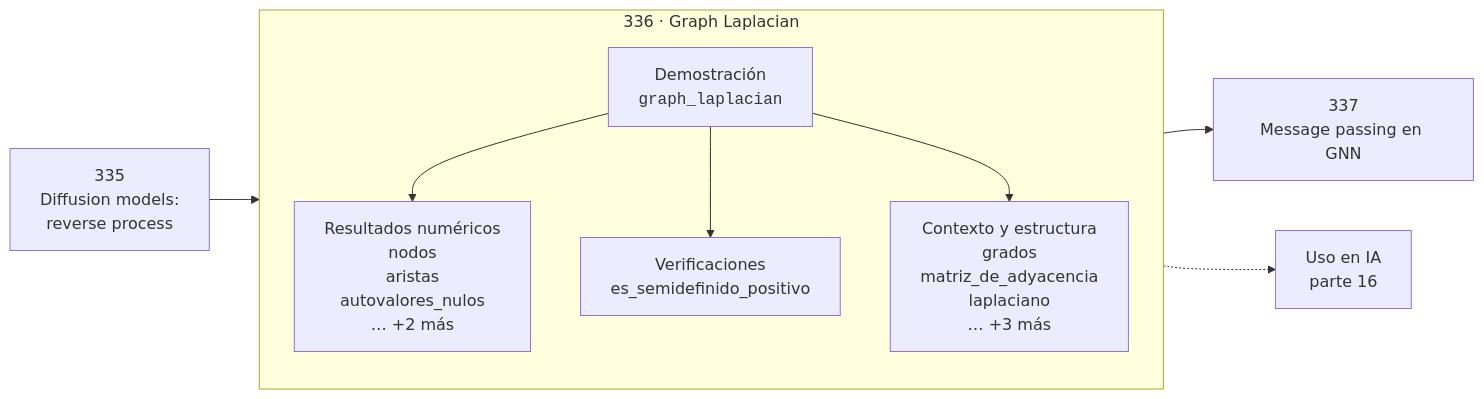
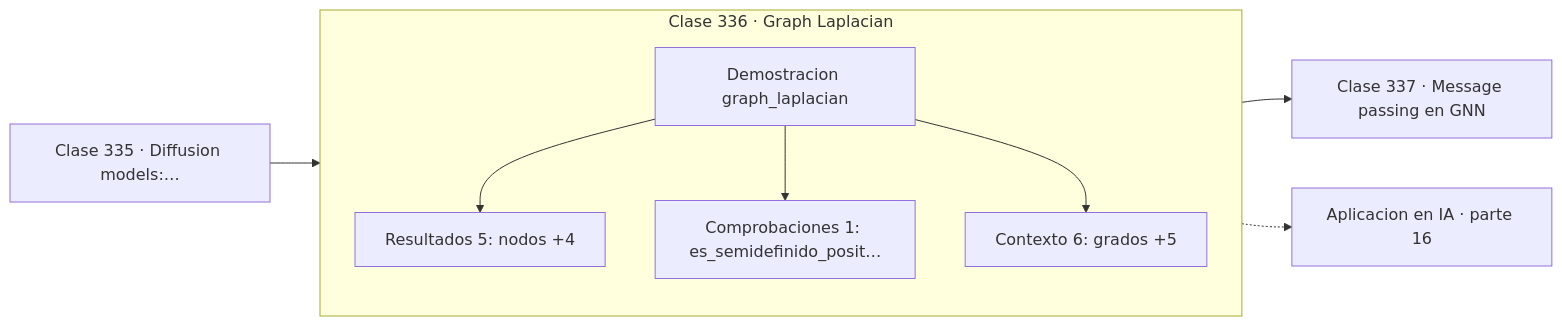
The diagram in classes/part-16-matematica-de-transformers-modelos-generativos-grafos-y-rl/336-graph-laplacian/README.md (vladimiracunadev-create/computational-mathematics-program), drawn with Mermaid before and after one commit. The commit also changed 389 other files, not shown here.

First line of the commit message:
fix(diagramas): elimina el HTML de las etiquetas Mermaid

````diff
--- a/classes/part-16-matematica-de-transformers-modelos-generativos-grafos-y-rl/336-graph-laplacian/README.md
+++ b/classes/part-16-matematica-de-transformers-modelos-generativos-grafos-y-rl/336-graph-laplacian/README.md
@@ -30,12 +30,13 @@
 ```mermaid
 flowchart LR
-    P["335<br/>Diffusion models:<br/>reverse process"] --> C
-    subgraph C["336 · Graph Laplacian"]
+    P["Clase 335 · Diffusion models:…"] --> D
+    subgraph CLASE["Clase 336 · Graph Laplacian"]
         direction TB
-        D["Demostración<br/><code>graph_laplacian</code>"] --> R["Resultados numéricos<br/>nodos<br/>aristas<br/>autovalores_nulos<br/>… +2 más"]
-        D --> V["Verificaciones<br/>es_semidefinido_positivo"]
-        D --> O["Contexto y estructura<br/>grados<br/>matriz_de_adyacencia<br/>laplaciano<br/>… +3 más"]
+        D["Demostracion graph_laplacian"]
+        D --> R["Resultados 5: nodos +4"]
+        D --> V["Comprobaciones 1: es_semidefinido_posit…"]
+        D --> O["Contexto 6: grados +5"]
     end
-    C --> N["337<br/>Message passing en GNN"]
-    C -.-> IA["Uso en IA<br/>parte 16"]
+    R --> N["Clase 337 · Message passing en GNN"]
+    V -.-> IA["Aplicacion en IA · parte 16"]
 ```
````
